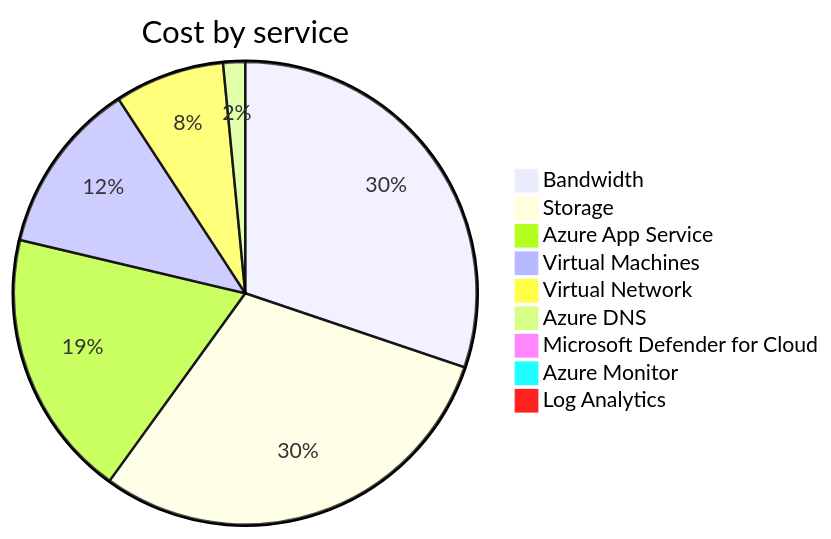
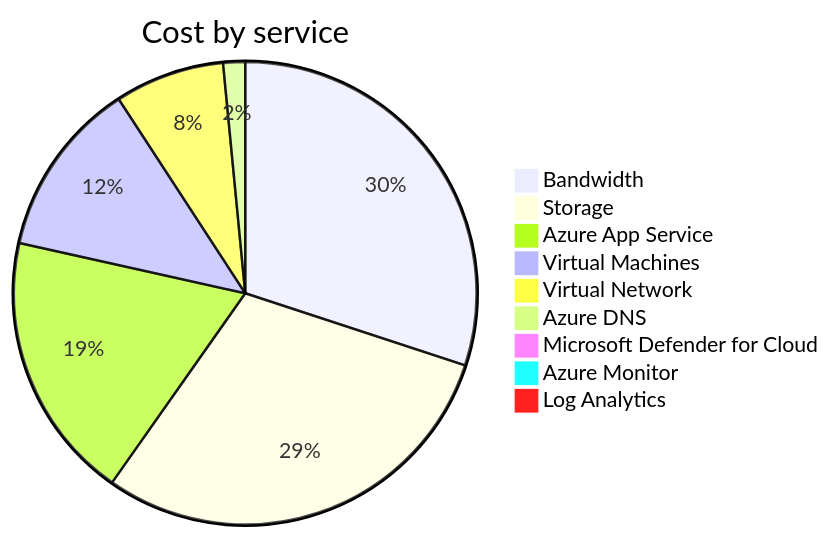
One commit to jpfulton/azure-personal-reports changed the second of 4 diagrams in cost-reports/accumulated-cost.md. Above: the diagram before and after it, drawn with Mermaid. The commit also changed other lines of this file and 4 other files, not shown here.

````diff
--- a/cost-reports/accumulated-cost.md
+++ b/cost-reports/accumulated-cost.md
@@ -99,13 +99,13 @@
 ```mermaid
 pie
    title Cost by service
-   "Bandwidth" : 3.74
-   "Storage" : 3.69
-   "Azure App Service" : 2.32
-   "Virtual Machines" : 1.50
-   "Virtual Network" : 0.95
-   "Azure DNS" : 0.19
-   "Microsoft Defender for Cloud" : 0.10
+   "Bandwidth" : 4.51
+   "Storage" : 4.46
+   "Azure App Service" : 2.81
+   "Virtual Machines" : 1.85
+   "Virtual Network" : 1.15
+   "Azure DNS" : 0.23
+   "Microsoft Defender for Cloud" : 0.12
    "Azure Monitor" : 0.00
    "Log Analytics" : 0.00
 ```
````
